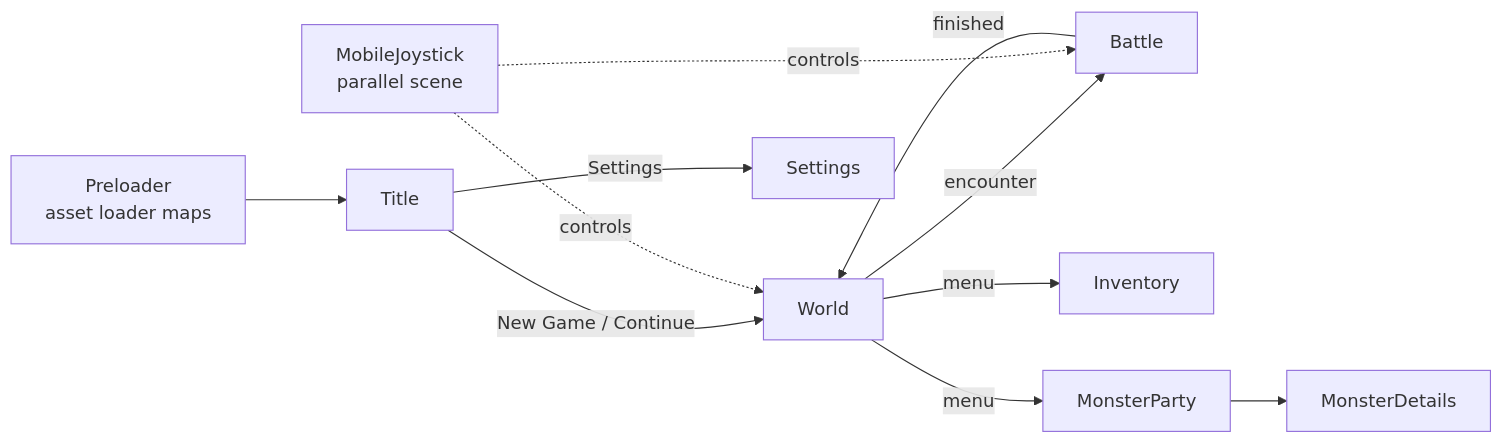
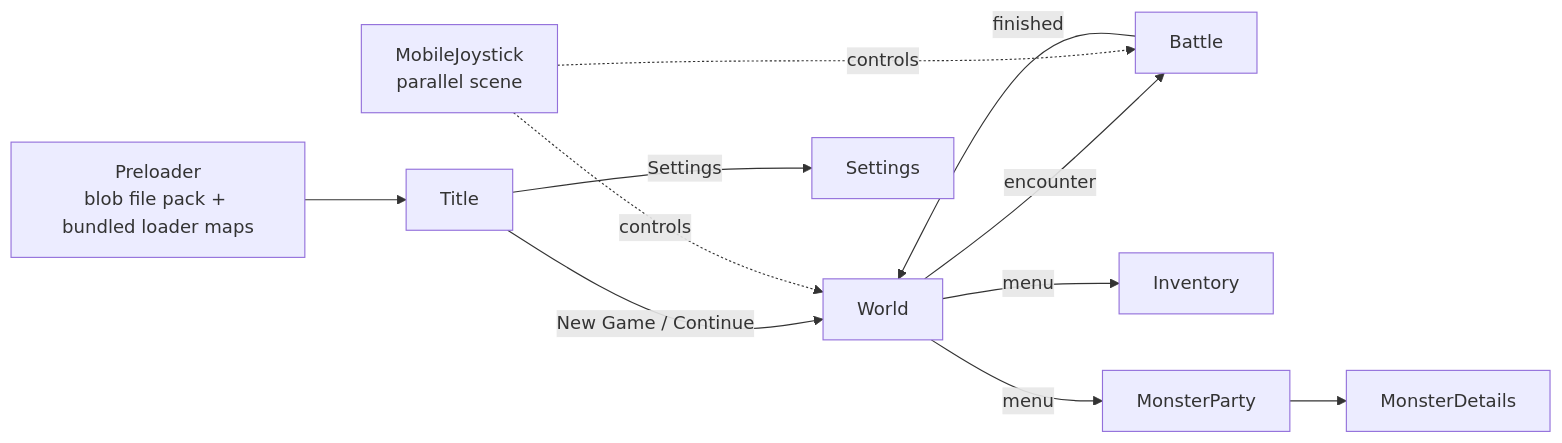
Before and after one commit to Esposter/Esposter: the diagram in apps/web/content/docs/dungeons/scenes-and-input.md, drawn with Mermaid. The commit also changed other lines of this file and 141 other files, not shown here.

````diff
--- a/apps/web/content/docs/dungeons/scenes-and-input.md
+++ b/apps/web/content/docs/dungeons/scenes-and-input.md
@@ -14,11 +14,11 @@
 ```mermaid
 flowchart LR
-  pre[Preloader<br/>asset loader maps] --> title[Title]
+  pre[Preloader<br/>blob file pack + bundled loader maps] --> title[Title]
   title -->|New Game / Continue| world[World]
   title -->|Settings| settings[Settings]
   world -->|encounter| battle[Battle]
   battle -->|finished| world
   world -->|menu| inv[Inventory] & party[MonsterParty]
   party --> details[MonsterDetails]
   joystick[MobileJoystick<br/>parallel scene] -.->|controls| world & battle
 ```
````
